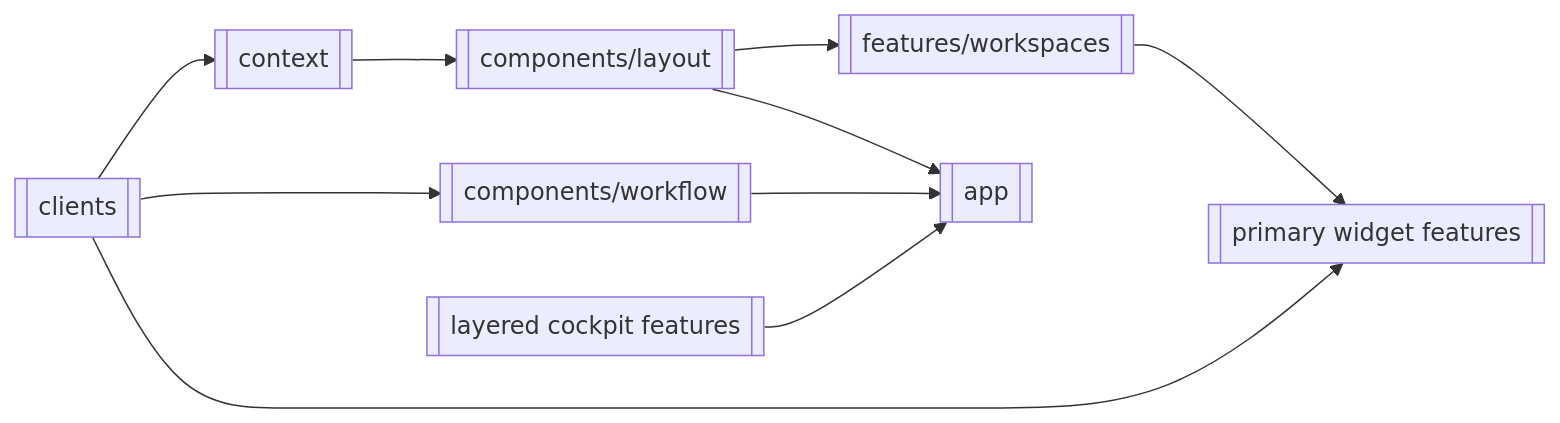
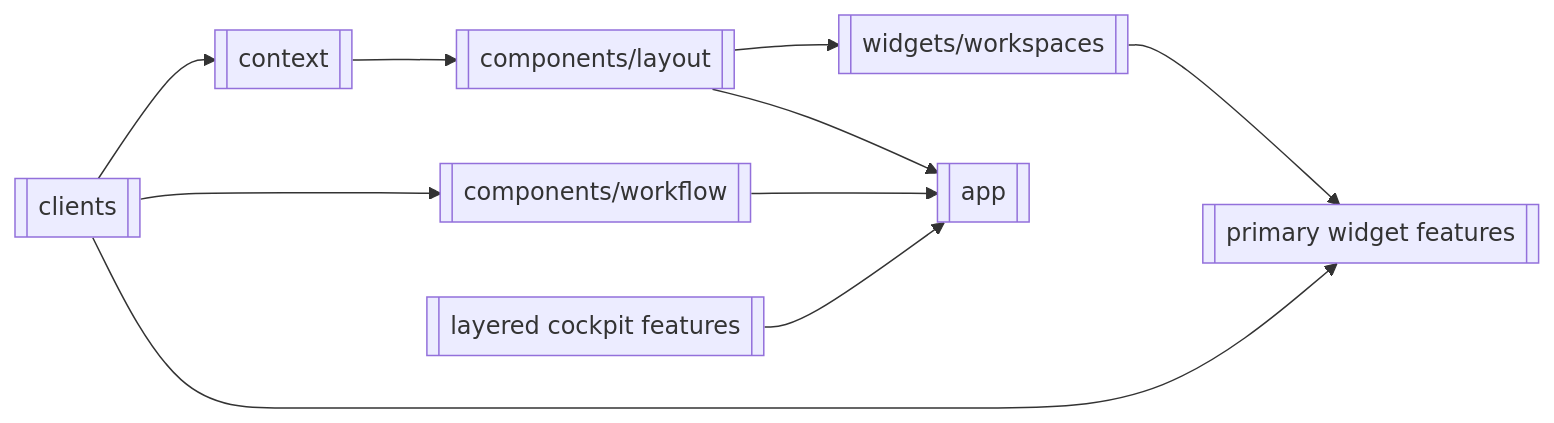
Before and after one commit to haruperi/HaruQuantAI: the second of 3 diagrams in app/ui/README.md, drawn with Mermaid. The commit also changed other lines of this file and 564 other files, not shown here.

````diff
--- a/app/ui/README.md
+++ b/app/ui/README.md
@@ -215,12 +236,12 @@
 ```mermaid
 flowchart LR
     CLIENTS[[clients]] --> CONTEXT[[context]]
     CONTEXT --> LAYOUT[[components/layout]]
-    LAYOUT --> WORKSPACES[[features/workspaces]]
+    LAYOUT --> WORKSPACES[[widgets/workspaces]]
     WORKSPACES --> WIDGETS[[primary widget features]]
     CLIENTS --> WIDGETS
     LAYOUT --> APP[[app]]
     CLIENTS --> WORKFLOW[[components/workflow]]
     WORKFLOW --> APP
     PANELS[[layered cockpit features]] --> APP
 ```
````
